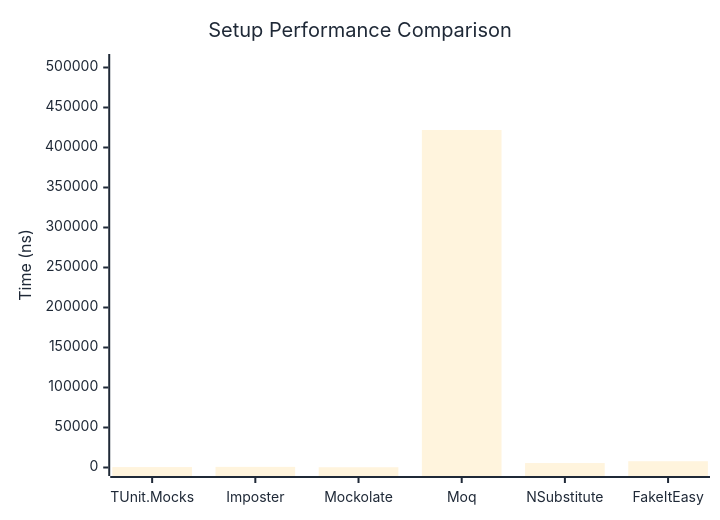
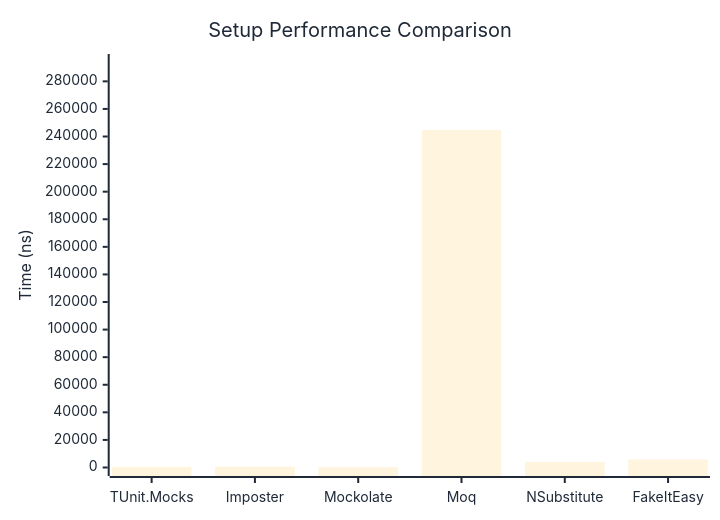
Before and after one commit to thomhurst/TUnit: the first of 2 diagrams in docs/docs/benchmarks/mocks/Setup.md, drawn with Mermaid. The commit also changed other lines of this file and 14 other files, not shown here.

````diff
--- a/docs/docs/benchmarks/mocks/Setup.md
+++ b/docs/docs/benchmarks/mocks/Setup.md
@@ -30,27 +30,27 @@
 ```mermaid
 %%{init: {
   'theme':'base',
   'themeVariables': {
     'primaryColor': '#2563eb',
     'primaryTextColor': '#1f2937',
     'primaryBorderColor': '#1e40af',
     'lineColor': '#6b7280',
     'secondaryColor': '#7c3aed',
     'tertiaryColor': '#dc2626',
     'background': '#ffffff',
     'pie1': '#2563eb',
     'pie2': '#7c3aed',
     'pie3': '#dc2626',
     'pie4': '#f59e0b',
     'pie5': '#10b981',
     'pie6': '#06b6d4',
     'pie7': '#ec4899',
     'pie8': '#6366f1'
   }
 }}%%
 xychart-beta
   title "Setup Performance Comparison"
   x-axis ["TUnit.Mocks", "Imposter", "Mockolate", "Moq", "NSubstitute", "FakeItEasy"]
-  y-axis "Time (ns)" 0 --> 506245
-  bar [530.1, 797.8, 310.5, 421870.3, 5557.5, 7861.2]
+  y-axis "Time (ns)" 0 --> 293667
+  bar [445.5, 635.8, 255.1, 244722.5, 4066.7, 5800.8]
 ```
````
